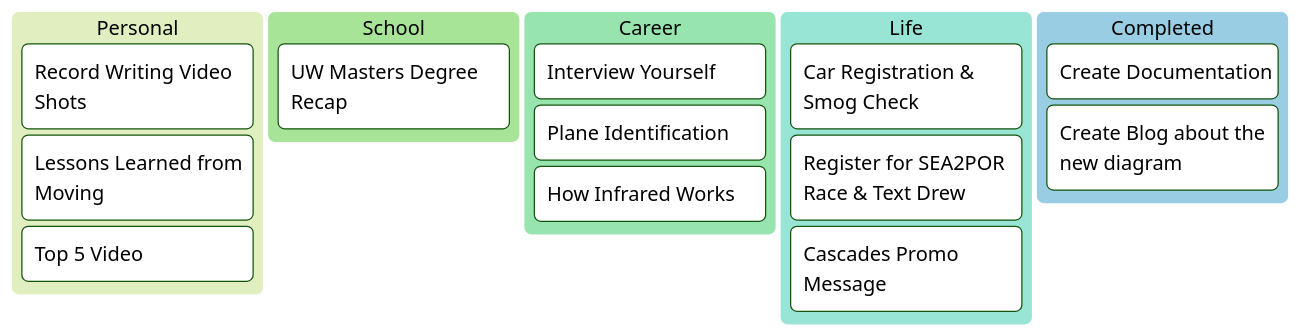
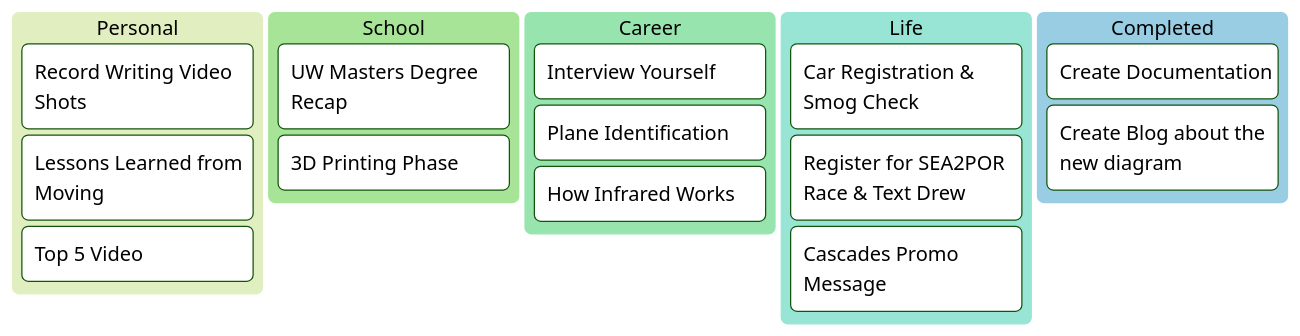
The second of 3 diagrams in Dashboard.md (Bailey-Wu/Bailey-Wu), drawn with Mermaid before and after one commit.

````diff
--- a/Dashboard.md
+++ b/Dashboard.md
@@ -29,21 +29,22 @@
 ```mermaid
 %%{init: {'theme':'forest'}}%%
 kanban
   [Personal]
     [Record Writing Video Shots]
     [Lessons Learned from Moving]
     [Top 5 Video]
   [School]
     [UW Masters Degree Recap]
+    [3D Printing Phase]
   [Career]
     [Interview Yourself]
     [Plane Identification]
     [How Infrared Works]
   [Life]
     [Car Registration & Smog Check]
     [Register for SEA2POR Race & Text Drew]
     [Cascades Promo Message]
   [Completed]
     [Create Documentation]
     [Create Blog about the new diagram]
 ```
````
